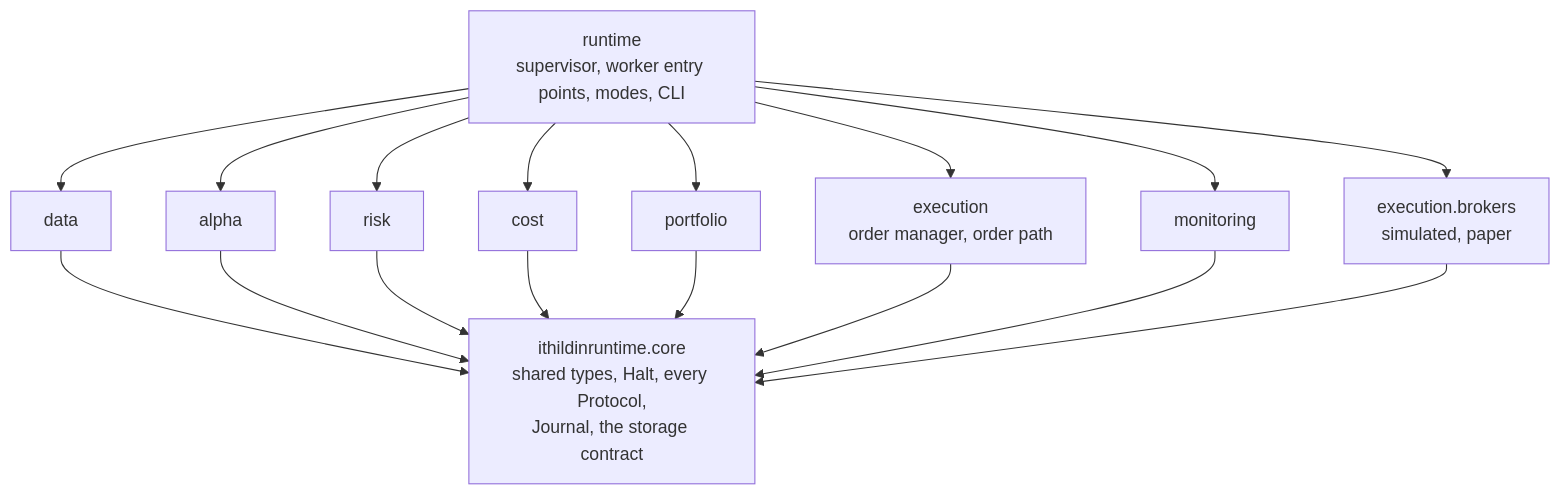
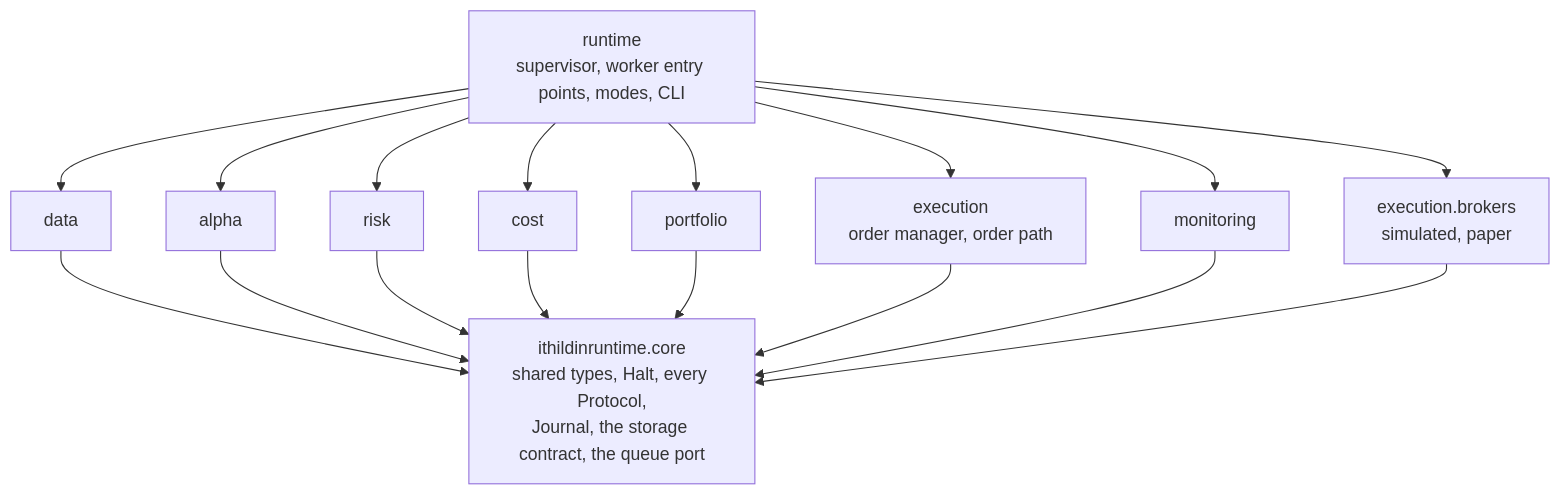
One commit to l3a0/ithildin-runtime changed diagram 16 of 16 in docs/architecture.md. Above: the diagram before and after it, drawn with Mermaid. The commit also changed other lines of this file and 2 other files, not shown here.

First line of the commit message:
docs(architecture): scrub the diagrams and prose against the latest design

````diff
--- a/docs/architecture.md
+++ b/docs/architecture.md
@@ -2008,30 +2082,30 @@
 ```mermaid
 flowchart TB
-    core["ithildinruntime.core<br/>shared types, Halt, every Protocol,<br/>Journal, the storage contract"]
+    core["ithildinruntime.core<br/>shared types, Halt, every Protocol,<br/>Journal, the storage contract, the queue port"]
     data["data"]
     alpha["alpha"]
     risk["risk"]
     cost["cost"]
     portfolio["portfolio"]
     execution["execution<br/>order manager, order path"]
     brokers["execution.brokers<br/>simulated, paper"]
     monitoring["monitoring"]
     runtime["runtime<br/>supervisor, worker entry points, modes, CLI"]
 
     data --> core
     alpha --> core
     risk --> core
     cost --> core
     portfolio --> core
     execution --> core
     monitoring --> core
     brokers --> core
     runtime --> data
     runtime --> alpha
     runtime --> risk
     runtime --> cost
     runtime --> portfolio
     runtime --> execution
     runtime --> brokers
     runtime --> monitoring
 ```
````
